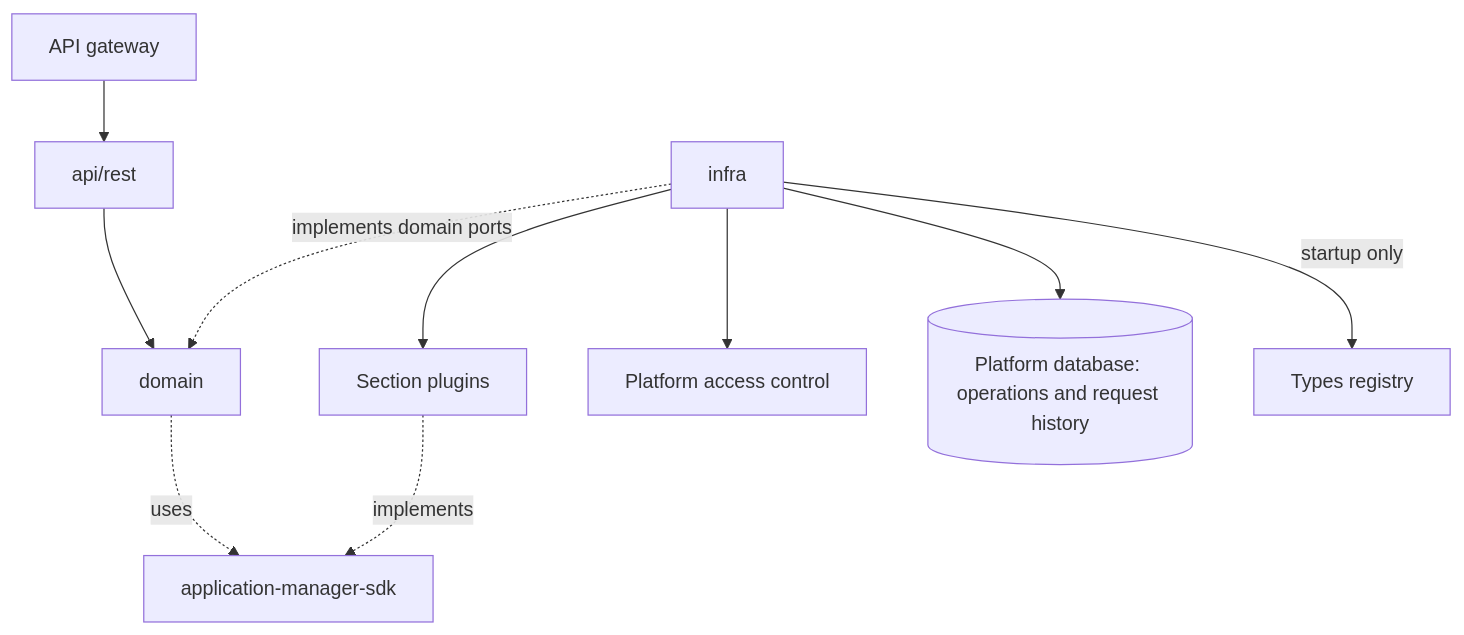
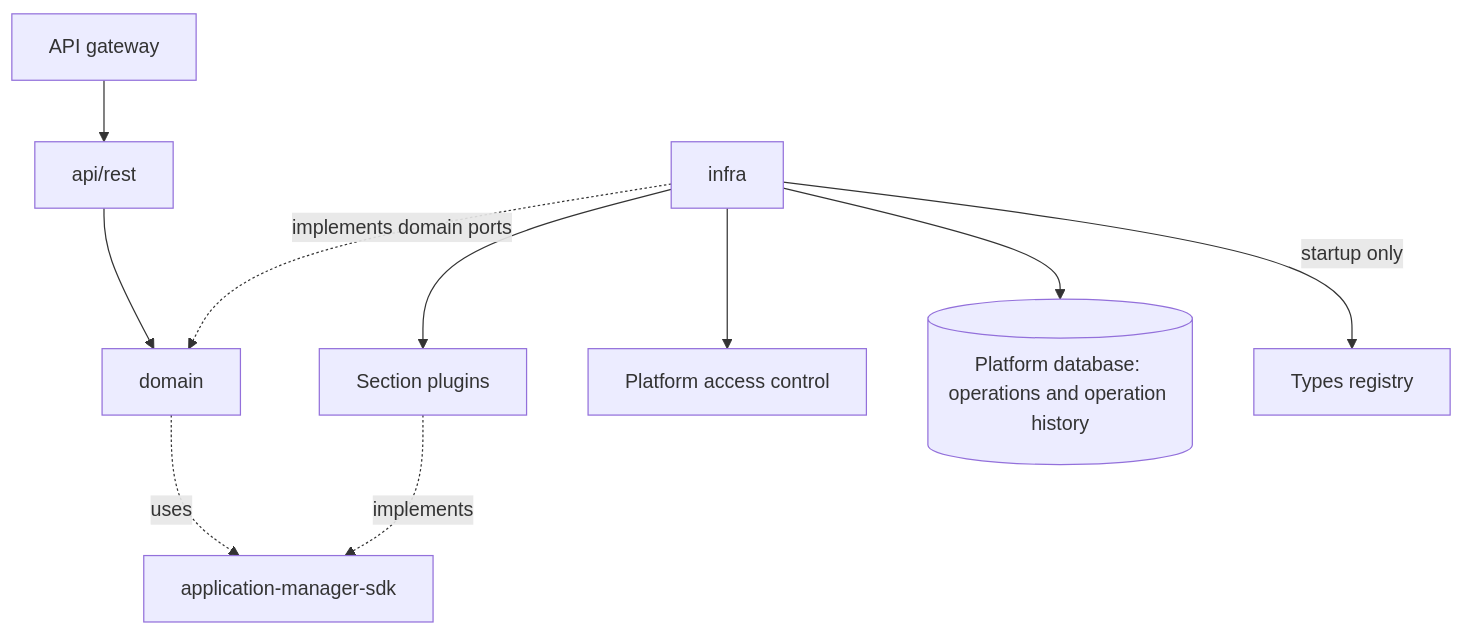
One commit to constructorfabric/gears-rust changed the first of 6 diagrams in gears/system/application-manager/docs/DESIGN.md. Above: the diagram before and after it, drawn with Mermaid. The commit also changed other lines of this file and 3 other files, not shown here.

Commit message:
Renamed request history to operation history

````diff
--- a/gears/system/application-manager/docs/DESIGN.md
+++ b/gears/system/application-manager/docs/DESIGN.md
@@ -111,11 +111,11 @@
 ```mermaid
 flowchart TB
     GW["API gateway"] --> API["api/rest"] --> DOM["domain"]
     INF["infra"] -.->|"implements domain ports"| DOM
     INF --> SP["Section plugins"]
     INF --> PDP["Platform access control"]
-    INF --> DB[("Platform database: operations and request history")]
+    INF --> DB[("Platform database: operations and operation history")]
     INF -->|"startup only"| TR["Types registry"]
     SP -. implements .-> SDK["application-manager-sdk"]
     DOM -. uses .-> SDK
 ```
````
